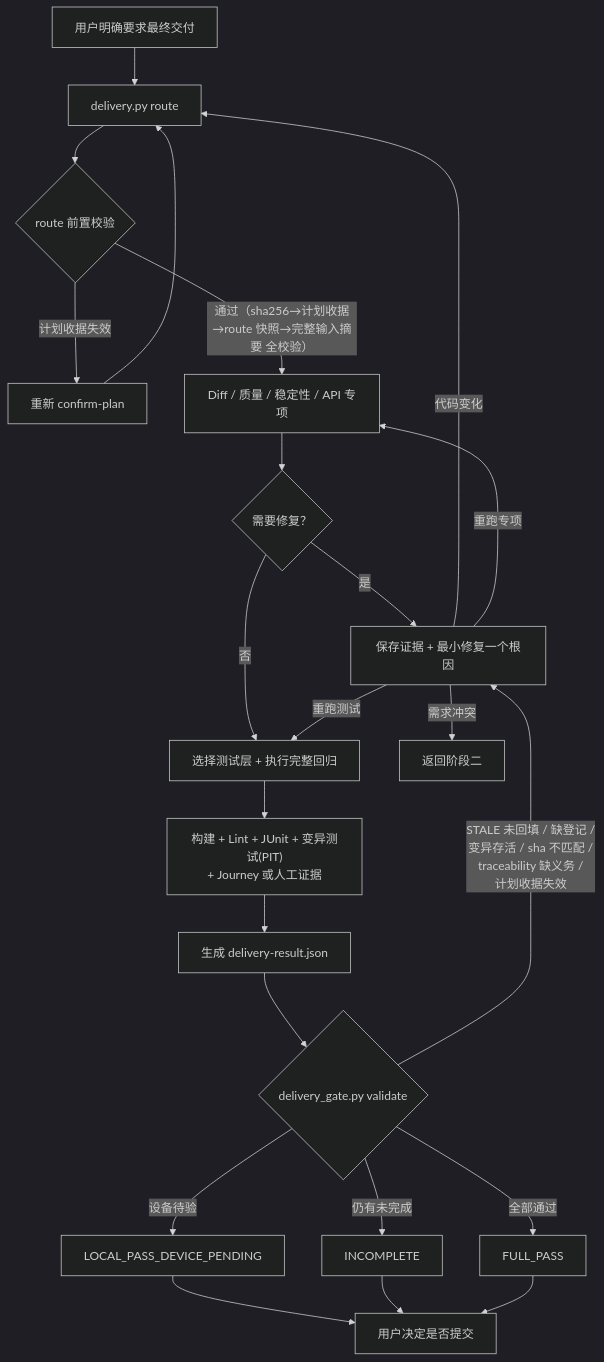
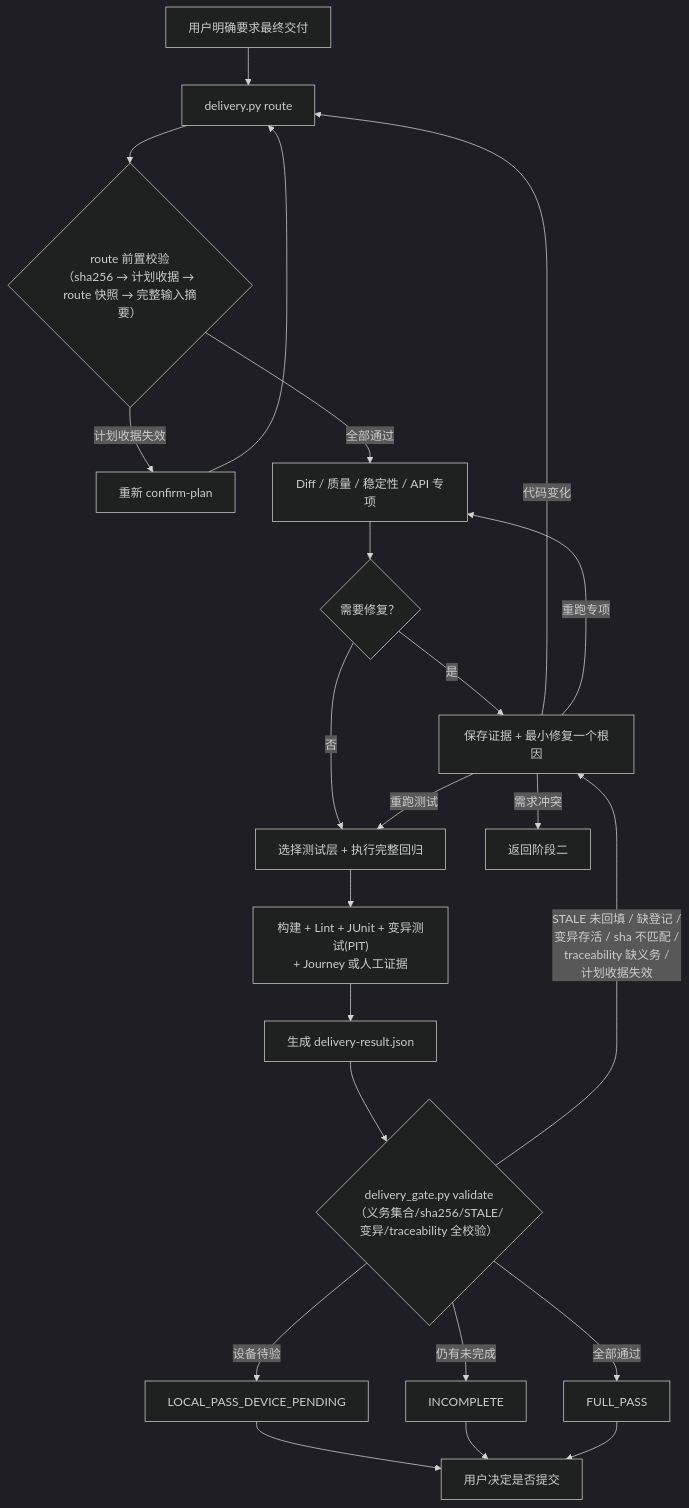
Before and after one commit to yejuntian/android-delivery-skills: the fourth of 9 diagrams in FLOW_DIAGRAMS.md, drawn with Mermaid (dark theme). The commit also changed other lines of this file, not shown here.

First line of the commit message:
docs(android-delivery): 流程图每张加简述+对齐代码语义

````diff
--- a/FLOW_DIAGRAMS.md
+++ b/FLOW_DIAGRAMS.md
@@ -77,25 +86,25 @@
 ```mermaid
 flowchart TD
     J["用户明确要求最终交付"] --> L["delivery.py route"]
-    L --> L1{"route 前置校验"}
+    L --> L1{"route 前置校验<br/>（sha256 → 计划收据 → route 快照 → 完整输入摘要）"}
     L1 -- "计划收据失效" --> L2["重新 confirm-plan"]
     L2 --> L
-    L1 -- "通过（sha256→计划收据→route 快照→完整输入摘要 全校验）" --> M["Diff / 质量 / 稳定性 / API 专项"]
+    L1 -- "全部通过" --> M["Diff / 质量 / 稳定性 / API 专项"]
     M --> M0{"需要修复？"}
     M0 -- "是" --> FIX["保存证据 + 最小修复一个根因"]
     M0 -- "否" --> N["选择测试层 + 执行完整回归"]
     FIX -- "需求冲突" --> BACK["返回阶段二"]
     FIX -- "代码变化" --> L
     FIX -- "重跑专项" --> M
     FIX -- "重跑测试" --> N
     N --> O["构建 + Lint + JUnit + 变异测试(PIT)<br/>+ Journey 或人工证据"]
     O --> P["生成 delivery-result.json"]
-    P --> Q{"delivery_gate.py validate"}
+    P --> Q{"delivery_gate.py validate<br/>（义务集合/sha256/STALE/变异/traceability 全校验）"}
     Q -- "STALE 未回填 / 缺登记 /<br/>变异存活 / sha 不匹配 /<br/>traceability 缺义务 /<br/>计划收据失效" --> FIX
     Q -- "设备待验" --> DEVICE["LOCAL_PASS_DEVICE_PENDING"]
     Q -- "仍有未完成" --> INCOMPLETE["INCOMPLETE"]
     Q -- "全部通过" --> PASS["FULL_PASS"]
     DEVICE --> COMMIT["用户决定是否提交"]
     INCOMPLETE --> COMMIT
     PASS --> COMMIT
 ```
````
